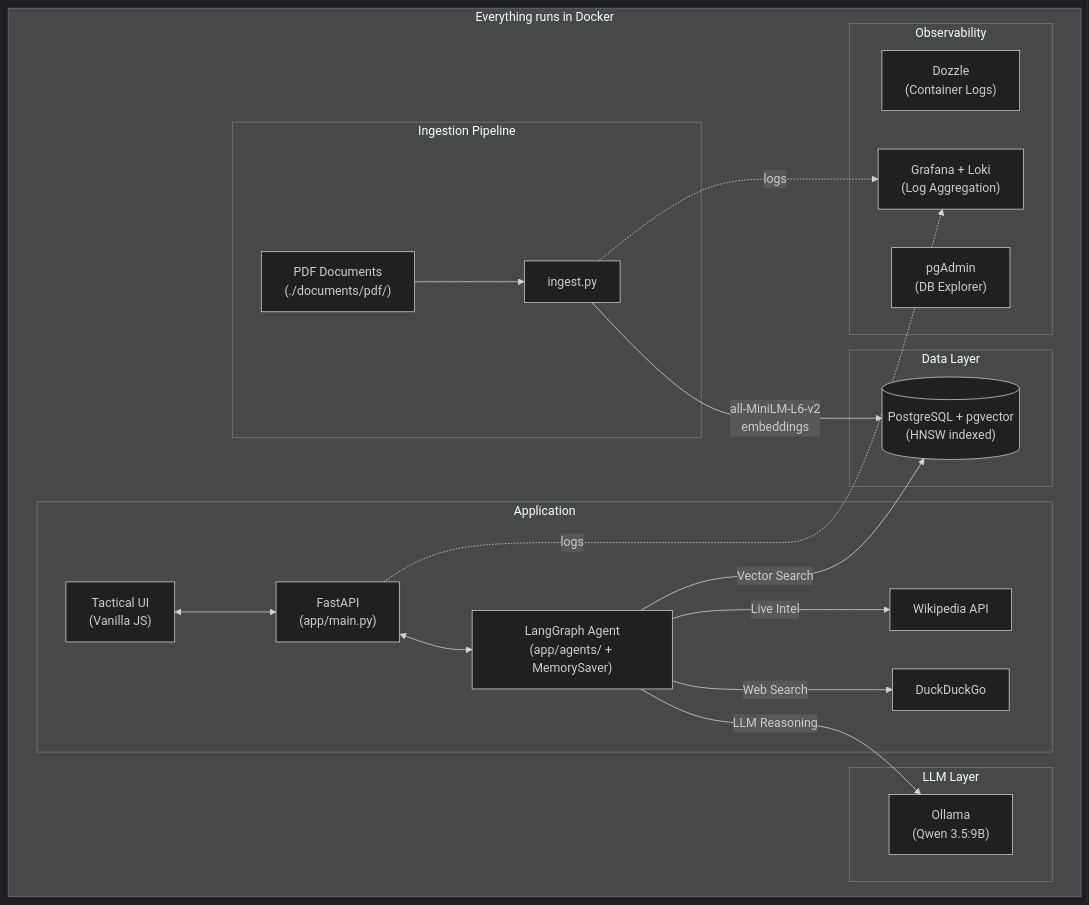
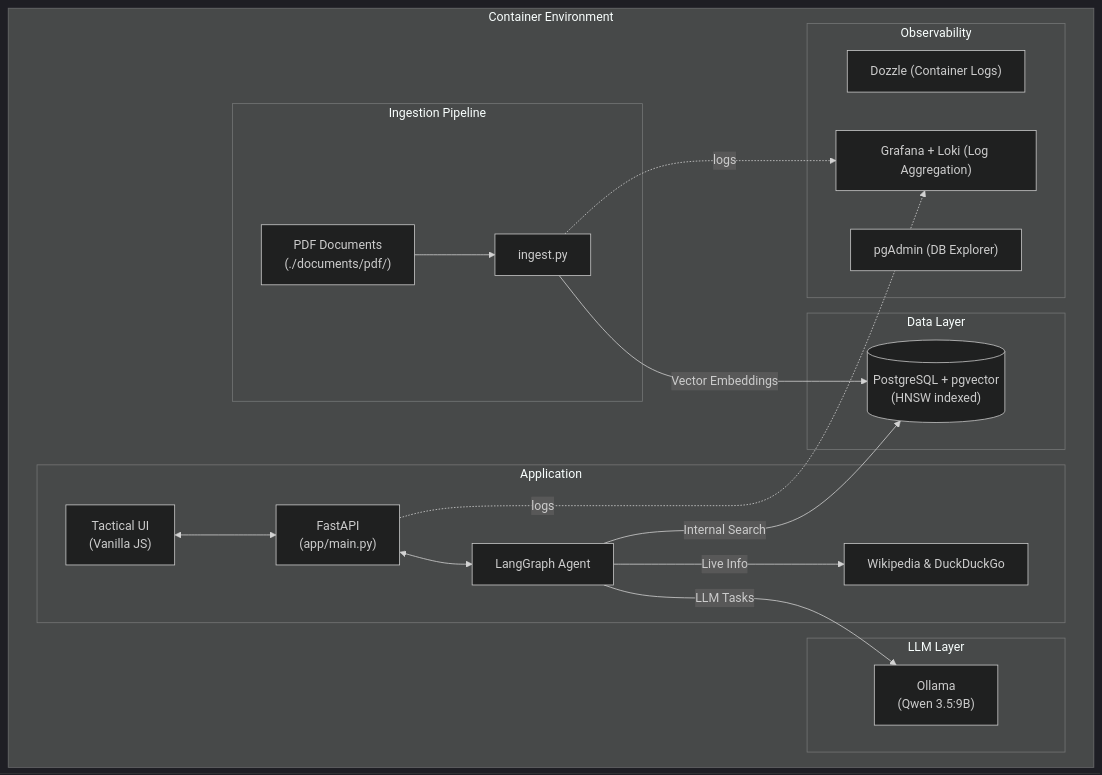
Before and after one commit to fbaierl/geo-vision-lab: the diagram in README.md, drawn with Mermaid. The commit also changed other lines of this file and 1 other file, not shown here.

````diff
--- a/README.md
+++ b/README.md
@@ -45,36 +46,35 @@
 ```mermaid
 %%{init: {'theme': 'dark'}}%%
 graph TD
-    subgraph Docker ["Everything runs in Docker"]
+    subgraph Docker ["Container Environment"]
         subgraph Data ["Data Layer"]
             PG[("PostgreSQL + pgvector\n(HNSW indexed)")]
         end
 
         subgraph LLM ["LLM Layer"]
             OL["Ollama\n(Qwen 3.5:9B)"]
         end
 
         subgraph Ingestion ["Ingestion Pipeline"]
             PDF["PDF Documents\n(./documents/pdf/)"] --> ING["ingest.py"]
-            ING -->|"all-MiniLM-L6-v2\nembeddings"| PG
+            ING -->|"Vector Embeddings"| PG
         end
 
         subgraph App ["Application"]
             UI["Tactical UI\n(Vanilla JS)"] <--> API["FastAPI\n(app/main.py)"]
-            API <--> AGENT["LangGraph Agent\n(app/agents/ + MemorySaver)"]
-            AGENT -->|"Vector Search"| PG
-            AGENT -->|"LLM Reasoning"| OL
-            AGENT -->|"Live Intel"| WEB["Wikipedia API"]
-            AGENT -->|"Web Search"| DDG["DuckDuckGo"]
+            API <--> AGENT["LangGraph Agent"]
+            AGENT -->|"Internal Search"| PG
+            AGENT -->|"LLM Tasks"| OL
+            AGENT -->|"Live Info"| WEB["Wikipedia & DuckDuckGo"]
         end
 
         subgraph Ops ["Observability"]
-            DZ["Dozzle\n(Container Logs)"]
-            GF["Grafana + Loki\n(Log Aggregation)"]
-            PA["pgAdmin\n(DB Explorer)"]
+            DZ["Dozzle (Container Logs)"]
+            GF["Grafana + Loki (Log Aggregation)"]
+            PA["pgAdmin (DB Explorer)"]
         end
     end
 
     API -.->|"logs"| GF
     ING -.->|"logs"| GF
 ```
````
